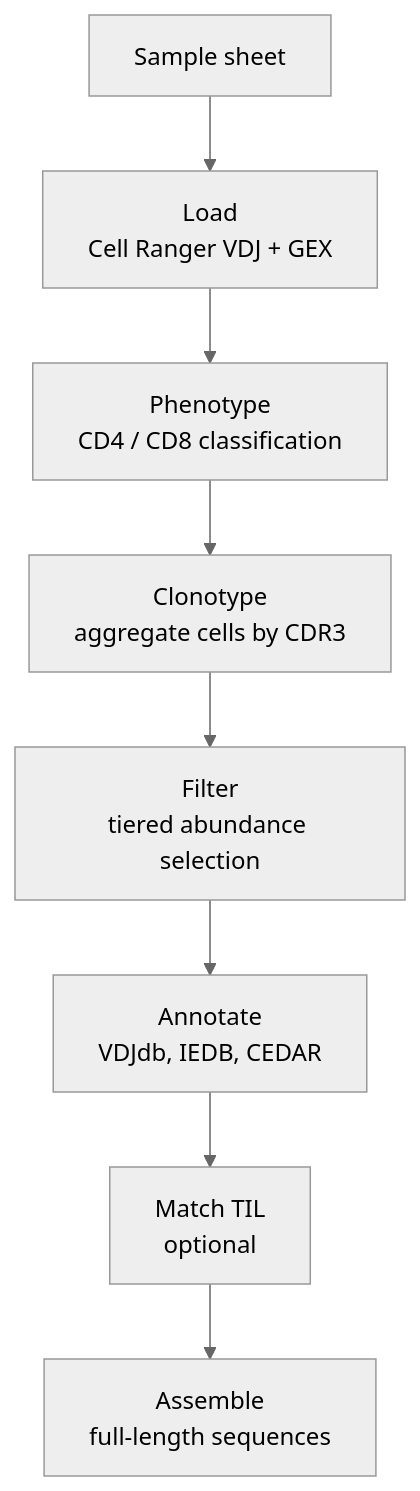
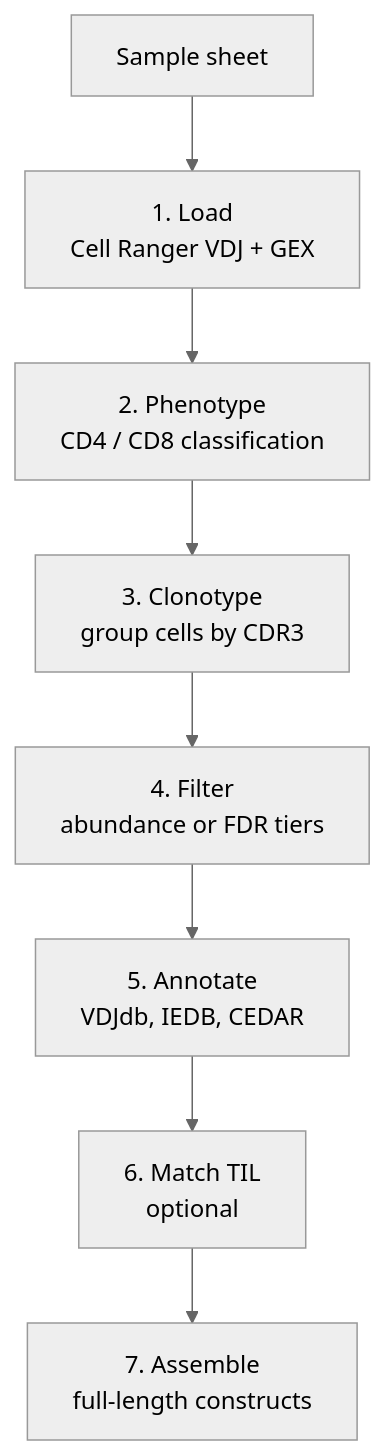
One commit to pirl-unc/tcrsift changed the diagram in docs/user-guide/pipeline.md. Above: the diagram before and after it, drawn with Mermaid (neutral theme). The commit also changed other lines of this file and 37 other files, not shown here.

````diff
--- a/docs/user-guide/pipeline.md
+++ b/docs/user-guide/pipeline.md
@@ -7,10 +9,10 @@
 ```mermaid
 flowchart TD
-    S[Sample sheet] --> L["Load<br/>Cell Ranger VDJ + GEX"]
-    L --> P["Phenotype<br/>CD4 / CD8 classification"]
-    P --> C["Clonotype<br/>aggregate cells by CDR3"]
-    C --> F["Filter<br/>tiered abundance selection"]
-    F --> A["Annotate<br/>VDJdb, IEDB, CEDAR"]
-    A --> T["Match TIL<br/>optional"]
-    T --> X["Assemble<br/>full-length sequences"]
+    S[Sample sheet] --> L["1. Load<br/>Cell Ranger VDJ + GEX"]
+    L --> P["2. Phenotype<br/>CD4 / CD8 classification"]
+    P --> C["3. Clonotype<br/>group cells by CDR3"]
+    C --> F["4. Filter<br/>abundance or FDR tiers"]
+    F --> A["5. Annotate<br/>VDJdb, IEDB, CEDAR"]
+    A --> T["6. Match TIL<br/>optional"]
+    T --> X["7. Assemble<br/>full-length constructs"]
 ```
````
